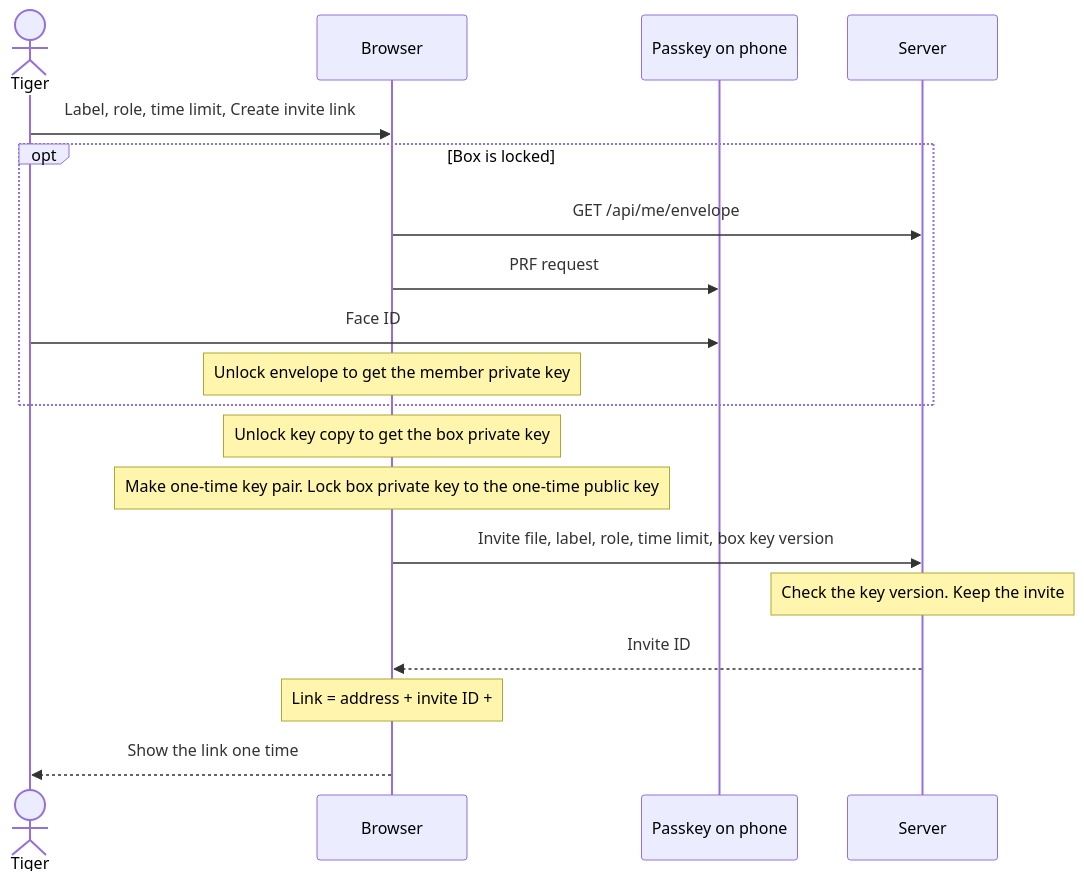
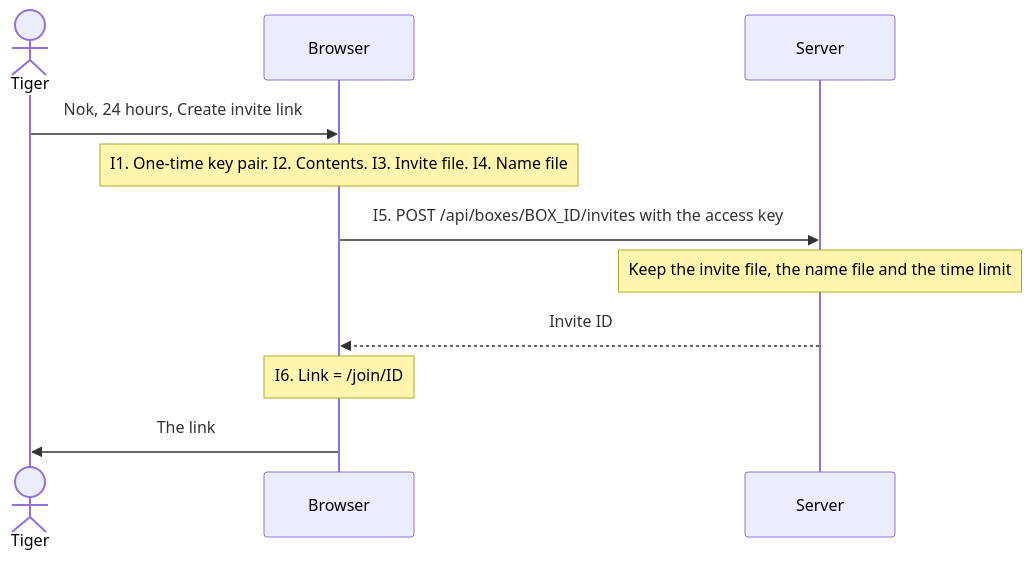
The first of 2 diagrams in docs/04-create-invite.md (intaniger/secretbox), drawn with Mermaid before and after one commit. The commit also changed other lines of this file and 30 other files, not shown here.

````diff
--- a/docs/04-create-invite.md
+++ b/docs/04-create-invite.md
@@ -34,21 +30,13 @@
 ```mermaid
 sequenceDiagram
   actor T as Tiger
   participant B as Browser
-  participant P as Passkey on phone
   participant S as Server
-  T->>B: Label, role, time limit, Create invite link
-  opt Box is locked
-    B->>S: GET /api/me/envelope
-    B->>P: PRF request
-    T->>P: Face ID
-    Note over B: Unlock envelope to get the member private key
-  end
-  Note over B: Unlock key copy to get the box private key
-  Note over B: Make one-time key pair. Lock box private key to the one-time public key
-  B->>S: Invite file, label, role, time limit, box key version
-  Note over S: Check the key version. Keep the invite
+  T->>B: Nok, 24 hours, Create invite link
+  Note over B: I1. One-time key pair. I2. Contents. I3. Invite file. I4. Name file
+  B->>S: I5. POST /api/boxes/BOX_ID/invites with the access key
+  Note over S: Keep the invite file, the name file and the time limit
   S-->>B: Invite ID
-  Note over B: Link = address + invite ID + # + one-time private key
-  B-->>T: Show the link one time
+  Note over B: I6. Link = /join/ID#one-time private key
+  B->>T: The link
 ```
````
